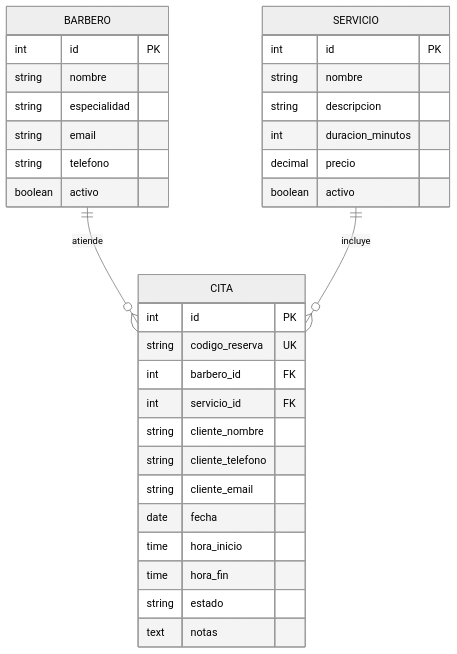
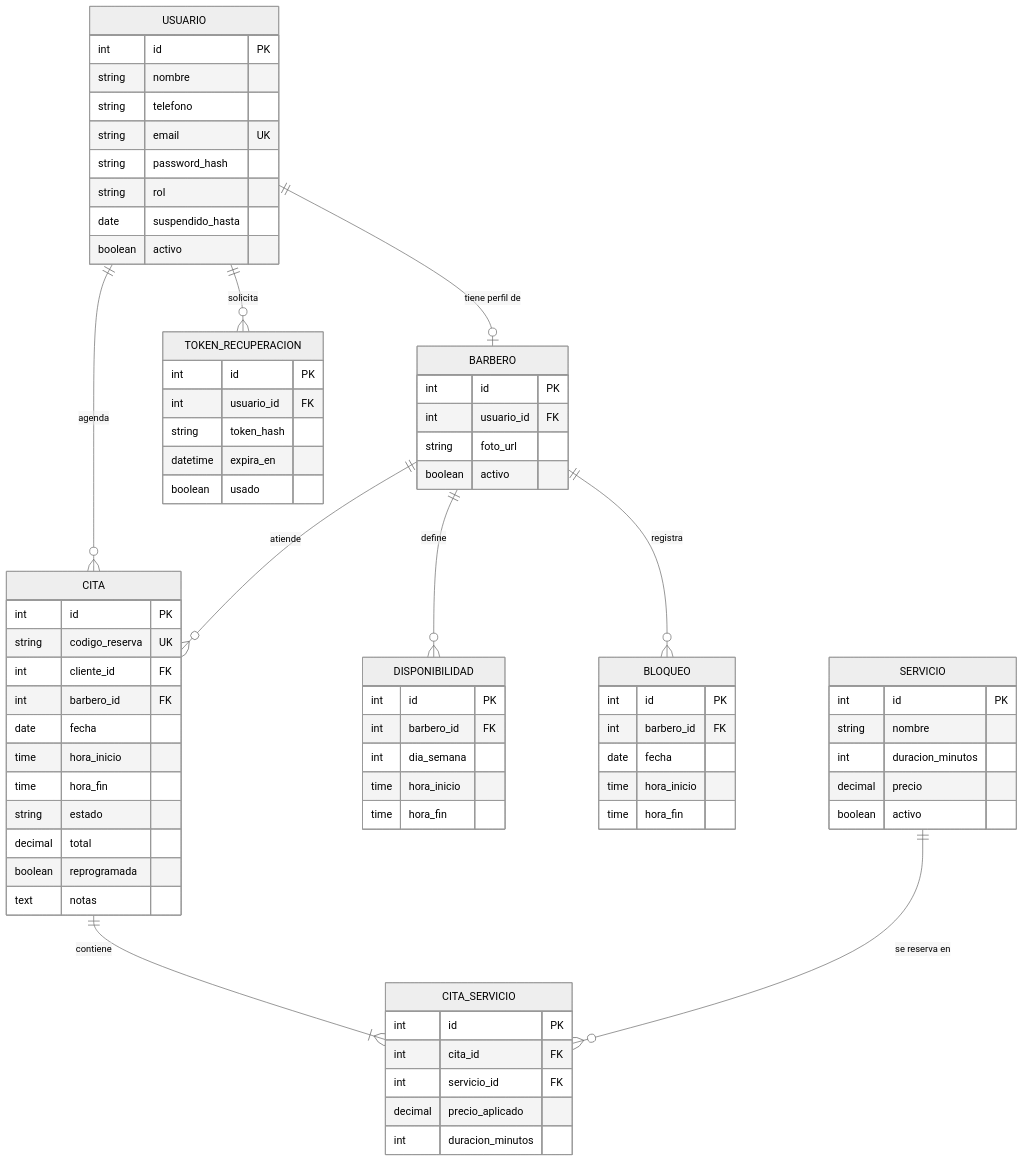
One commit to JuanD1603/gestor-barberia changed the diagram in docs/especificacion.md. Above: the diagram before and after it, drawn with Mermaid (neutral theme). The commit also changed other lines of this file and 42 other files, not shown here.

````diff
--- a/docs/especificacion.md
+++ b/docs/especificacion.md
@@ -29,38 +37,83 @@
 ```mermaid
 erDiagram
+    USUARIO ||--o| BARBERO : "tiene perfil de"
+    USUARIO ||--o{ CITA : agenda
+    USUARIO ||--o{ TOKEN_RECUPERACION : solicita
     BARBERO ||--o{ CITA : atiende
-    SERVICIO ||--o{ CITA : incluye
-    
+    BARBERO ||--o{ DISPONIBILIDAD : define
+    BARBERO ||--o{ BLOQUEO : registra
+    CITA ||--|{ CITA_SERVICIO : contiene
+    SERVICIO ||--o{ CITA_SERVICIO : "se reserva en"
+ 
+    USUARIO {
+        int id PK
+        string nombre
+        string telefono
+        string email UK
+        string password_hash
+        string rol
+        date suspendido_hasta
+        boolean activo
+    }
+ 
     BARBERO {
         int id PK
-        string nombre
-        string especialidad
-        string email
-        string telefono
+        int usuario_id FK
+        string foto_url
         boolean activo
     }
-
+ 
     SERVICIO {
         int id PK
         string nombre
-        string descripcion
         int duracion_minutos
         decimal precio
         boolean activo
     }
-
+ 
     CITA {
         int id PK
         string codigo_reserva UK
+        int cliente_id FK
         int barbero_id FK
-        int servicio_id FK
-        string cliente_nombre
-        string cliente_telefono
-        string cliente_email
         date fecha
         time hora_inicio
         time hora_fin
         string estado
+        decimal total
+        boolean reprogramada
         text notas
     }
+ 
+    CITA_SERVICIO {
+        int id PK
+        int cita_id FK
+        int servicio_id FK
+        decimal precio_aplicado
+        int duracion_minutos
+    }
+ 
+    DISPONIBILIDAD {
+        int id PK
+        int barbero_id FK
+        int dia_semana
+        time hora_inicio
+        time hora_fin
+    }
+ 
+    BLOQUEO {
+        int id PK
+        int barbero_id FK
+        date fecha
+        time hora_inicio
+        time hora_fin
+    }
+ 
+    TOKEN_RECUPERACION {
+        int id PK
+        int usuario_id FK
+        string token_hash
+        datetime expira_en
+        boolean usado
+    }
 ```
````
